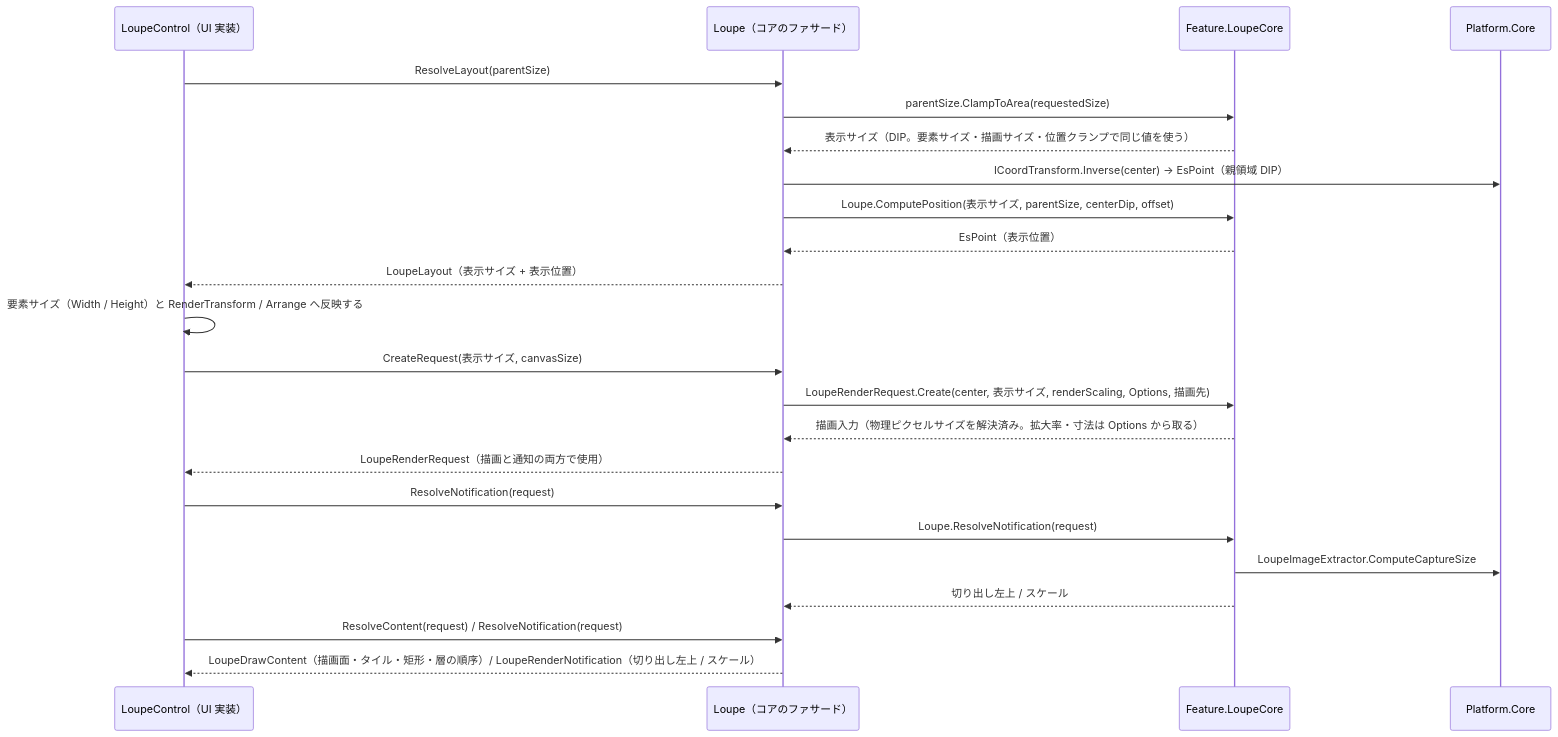
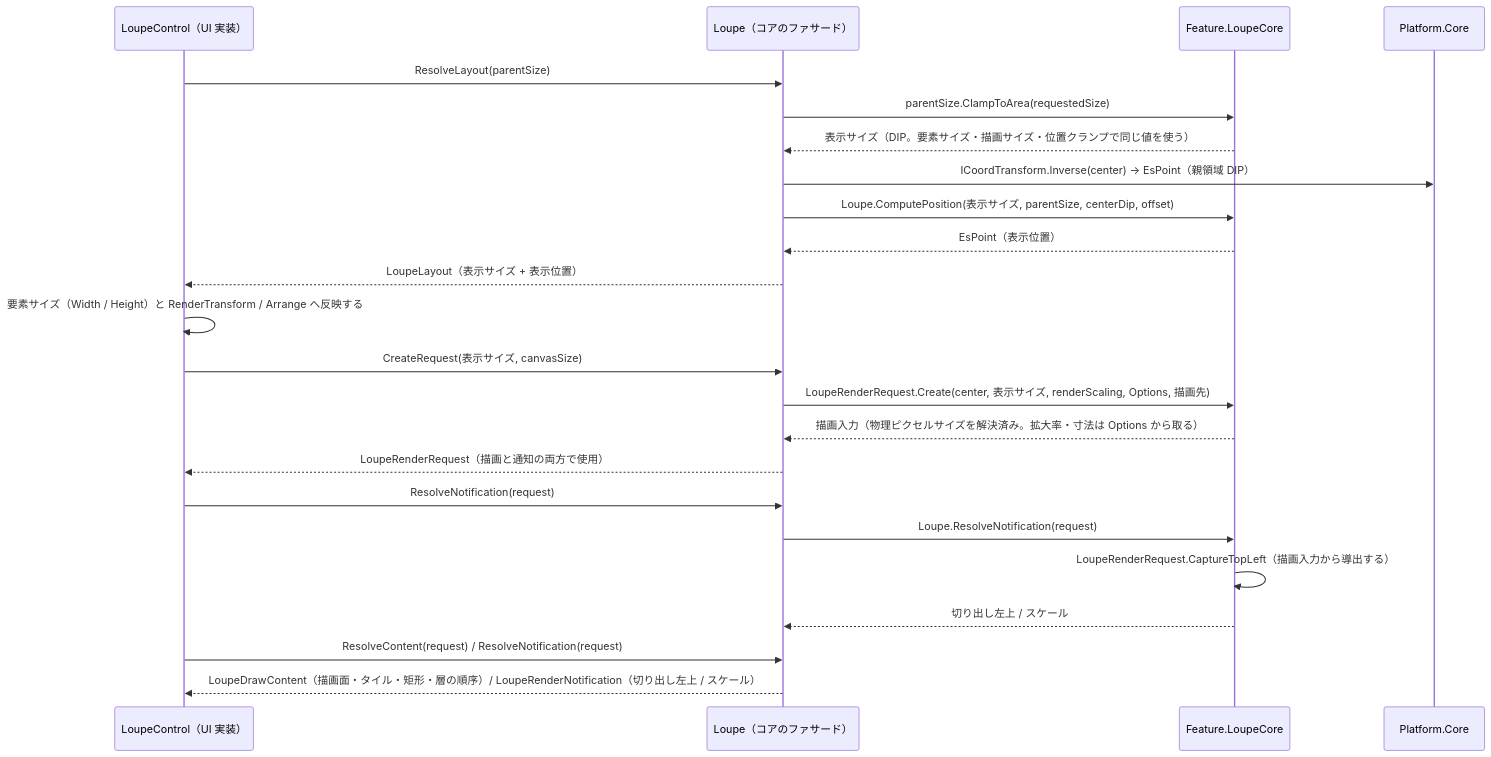
Before and after one commit to tomokuni/SaveEvidence: the second of 2 diagrams in src/Feature.LoupeCore/SPEC_System.md, drawn with Mermaid. The commit also changed other lines of this file and 67 other files, not shown here.

````diff
--- a/src/Feature.LoupeCore/SPEC_System.md
+++ b/src/Feature.LoupeCore/SPEC_System.md
@@ -64,28 +63,28 @@
 ```mermaid
 sequenceDiagram
   participant UI as LoupeControl（UI 実装）
   participant Fac as Loupe（コアのファサード）
   participant Core as Feature.LoupeCore
   participant PC as Platform.Core
 
   UI->>Fac: ResolveLayout(parentSize)
   Fac->>Core: parentSize.ClampToArea(requestedSize)
   Core-->>Fac: 表示サイズ（DIP。要素サイズ・描画サイズ・位置クランプで同じ値を使う）
   Fac->>PC: ICoordTransform.Inverse(center) → EsPoint（親領域 DIP）
   Fac->>Core: Loupe.ComputePosition(表示サイズ, parentSize, centerDip, offset)
   Core-->>Fac: EsPoint（表示位置）
   Fac-->>UI: LoupeLayout（表示サイズ + 表示位置）
   UI->>UI: 要素サイズ（Width / Height）と RenderTransform / Arrange へ反映する
 
   UI->>Fac: CreateRequest(表示サイズ, canvasSize)
   Fac->>Core: LoupeRenderRequest.Create(center, 表示サイズ, renderScaling, Options, 描画先)
   Core-->>Fac: 描画入力（物理ピクセルサイズを解決済み。拡大率・寸法は Options から取る）
   Fac-->>UI: LoupeRenderRequest（描画と通知の両方で使用）
 
   UI->>Fac: ResolveNotification(request)
   Fac->>Core: Loupe.ResolveNotification(request)
-  Core->>PC: LoupeImageExtractor.ComputeCaptureSize
+  Core->>Core: LoupeRenderRequest.CaptureTopLeft（描画入力から導出する）
   Core-->>Fac: 切り出し左上 / スケール
   UI->>Fac: ResolveContent(request) / ResolveNotification(request)
   Fac-->>UI: LoupeDrawContent（描画面・タイル・矩形・層の順序）/ LoupeRenderNotification（切り出し左上 / スケール）
 ```
````
